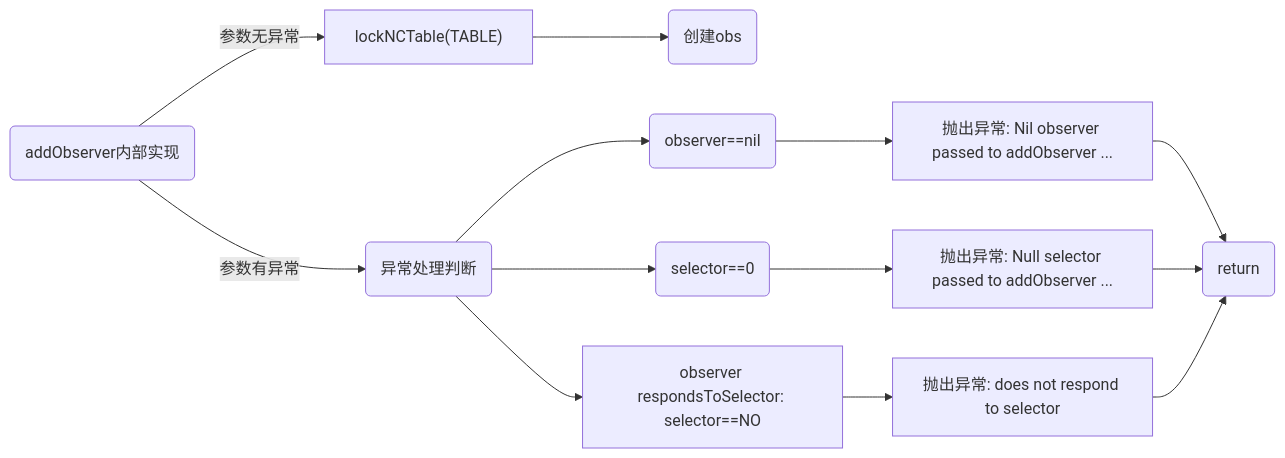
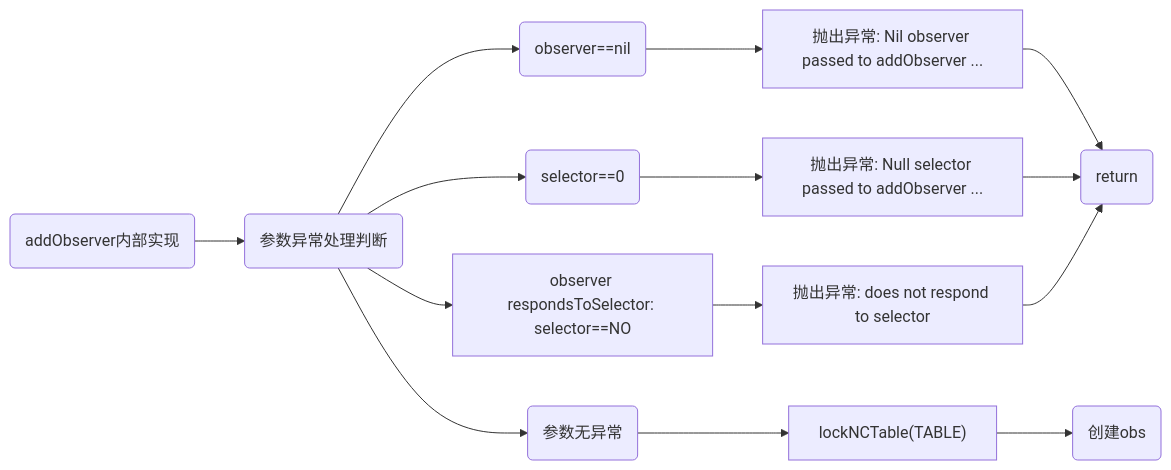
The third of 3 diagrams in Blogs/iOS/10-NSNotificationCenter.md (i-stack/STSourceCodeProject), drawn with Mermaid before and after one commit. The commit also changed other lines of this file, not shown here.

````diff
--- a/Blogs/iOS/10-NSNotificationCenter.md
+++ b/Blogs/iOS/10-NSNotificationCenter.md
@@ -116,17 +229,18 @@
 ```mermaid
 graph LR
 
 addObserver(addObserver内部实现)
-exception(异常处理判断)
+exception(参数异常处理判断)
+hasNoException(参数无异常)
 return(return)
 lockTable["lockNCTable(TABLE)"]
 newObs(创建obs)
 
-addObserver-->|参数有异常|exception
+
+addObserver-->exception
 
 exception-->a(observer==nil)-->aa["抛出异常: Nil observer passed to addObserver ..."]-->return
 exception-->b(selector==0)-->bb["抛出异常: Null selector passed to addObserver ..."]-->return
 exception-->c["observer respondsToSelector: selector==NO"]-->cc["抛出异常: does not respond to selector"]-->return
-
-addObserver-->|参数无异常|lockTable-->newObs
+exception-->hasNoException-->lockTable-->newObs
 ```
````
